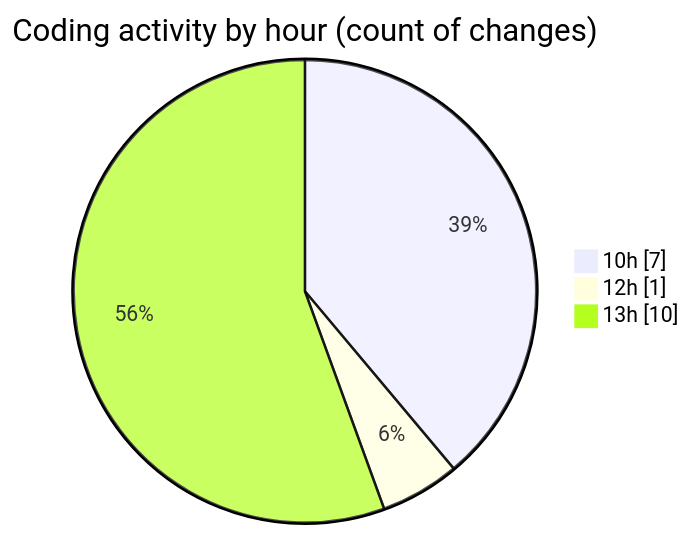
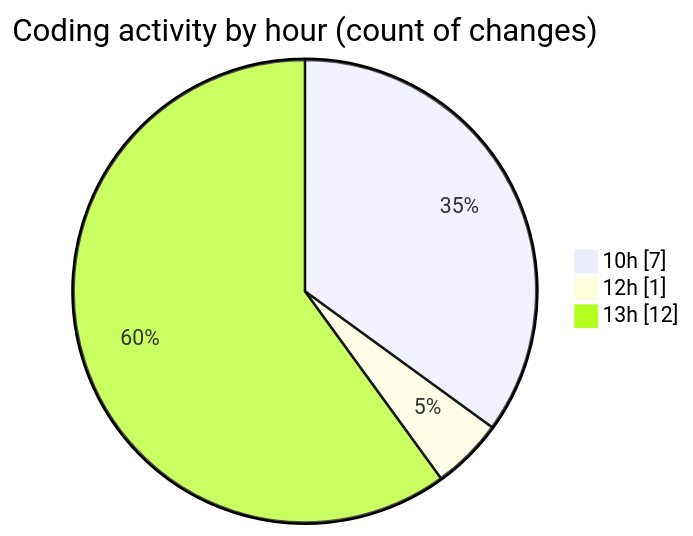
Before and after one commit to LanceThiago/code-tracking: the second of 2 diagrams in 2025-01-14/oficina/README.md, drawn with Mermaid. The commit also changed other lines of this file and 1 other file, not shown here.

````diff
--- a/2025-01-14/oficina/README.md
+++ b/2025-01-14/oficina/README.md
@@ -31,7 +31,7 @@
 ```mermaid
 pie showData
 title Coding activity by hour (count of changes)
 "10h" : 7
 "12h" : 1
-"13h" : 10
+"13h" : 12
 ```
````
